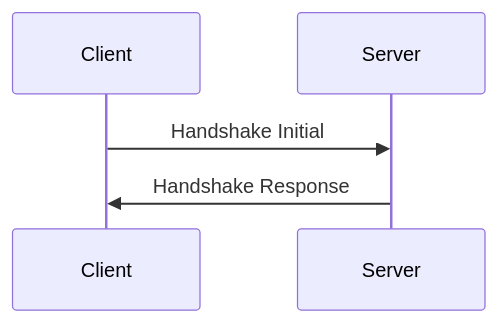
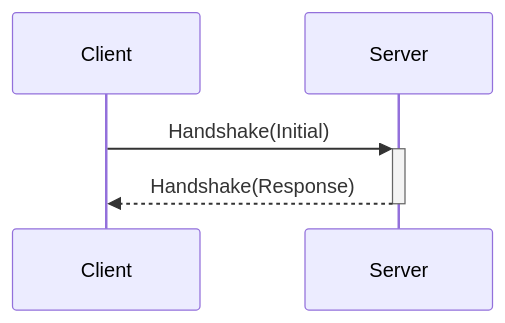
One commit to holynet-zone/vpn changed the first of 2 diagrams in README.md. Above: the diagram before and after it, drawn with Mermaid. The commit also changed other lines of this file and 4 other files, not shown here.

Commit message:
refactor: rename Payload to Packet in DataServerBody and DataClientBody; update related references

````diff
--- a/README.md
+++ b/README.md
@@ -46,8 +46,8 @@
 ```mermaid
 sequenceDiagram
     participant Client
     participant Server
 
-    Client->>Server: Handshake Initial
-    Server->>Client: Handshake Response
+    Client->>+Server: Handshake(Initial)
+    Server-->>-Client: Handshake(Response)
 ```
````
